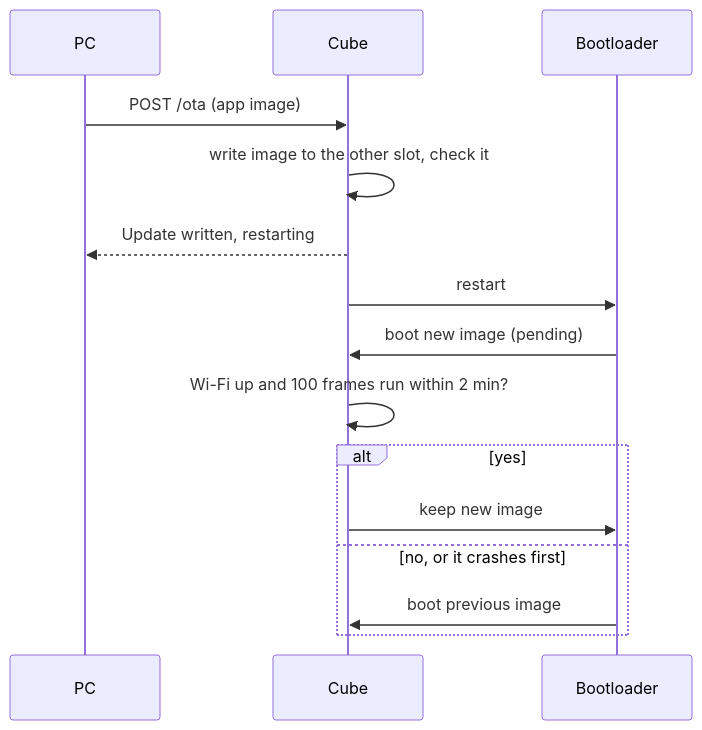
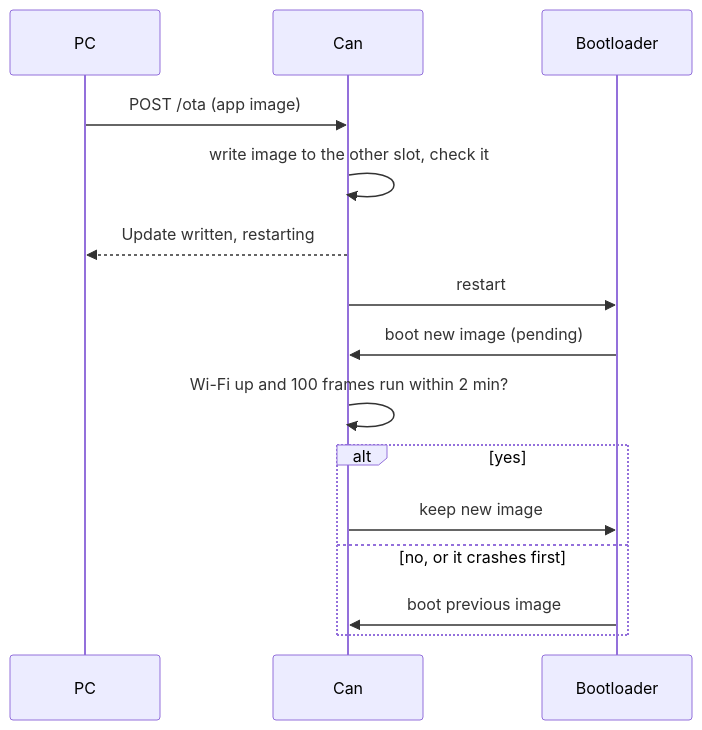
Before and after one commit to psytraxx/gravity-cube-espidf: the second of 3 diagrams in README.md, drawn with Mermaid. The commit also changed other lines of this file and 73 other files, not shown here.

````diff
--- a/README.md
+++ b/README.md
@@ -182,17 +143,17 @@
 ```mermaid
 sequenceDiagram
     participant PC
-    participant Cube
+    participant Can
     participant Boot as Bootloader
-    PC->>Cube: POST /ota (app image)
-    Cube->>Cube: write image to the other slot, check it
-    Cube-->>PC: Update written, restarting
-    Cube->>Boot: restart
-    Boot->>Cube: boot new image (pending)
-    Cube->>Cube: Wi-Fi up and 100 frames run within 2 min?
+    PC->>Can: POST /ota (app image)
+    Can->>Can: write image to the other slot, check it
+    Can-->>PC: Update written, restarting
+    Can->>Boot: restart
+    Boot->>Can: boot new image (pending)
+    Can->>Can: Wi-Fi up and 100 frames run within 2 min?
     alt yes
-        Cube->>Boot: keep new image
+        Can->>Boot: keep new image
     else no, or it crashes first
-        Boot->>Cube: boot previous image
+        Boot->>Can: boot previous image
     end
 ```
````
